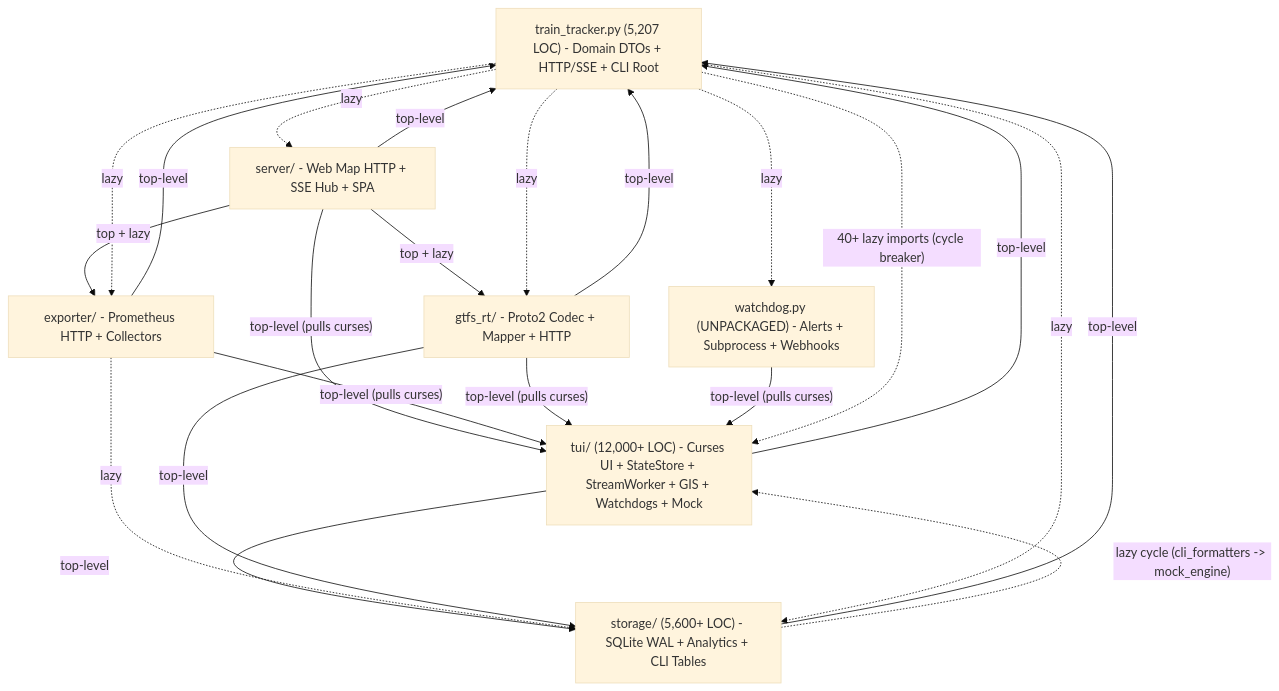
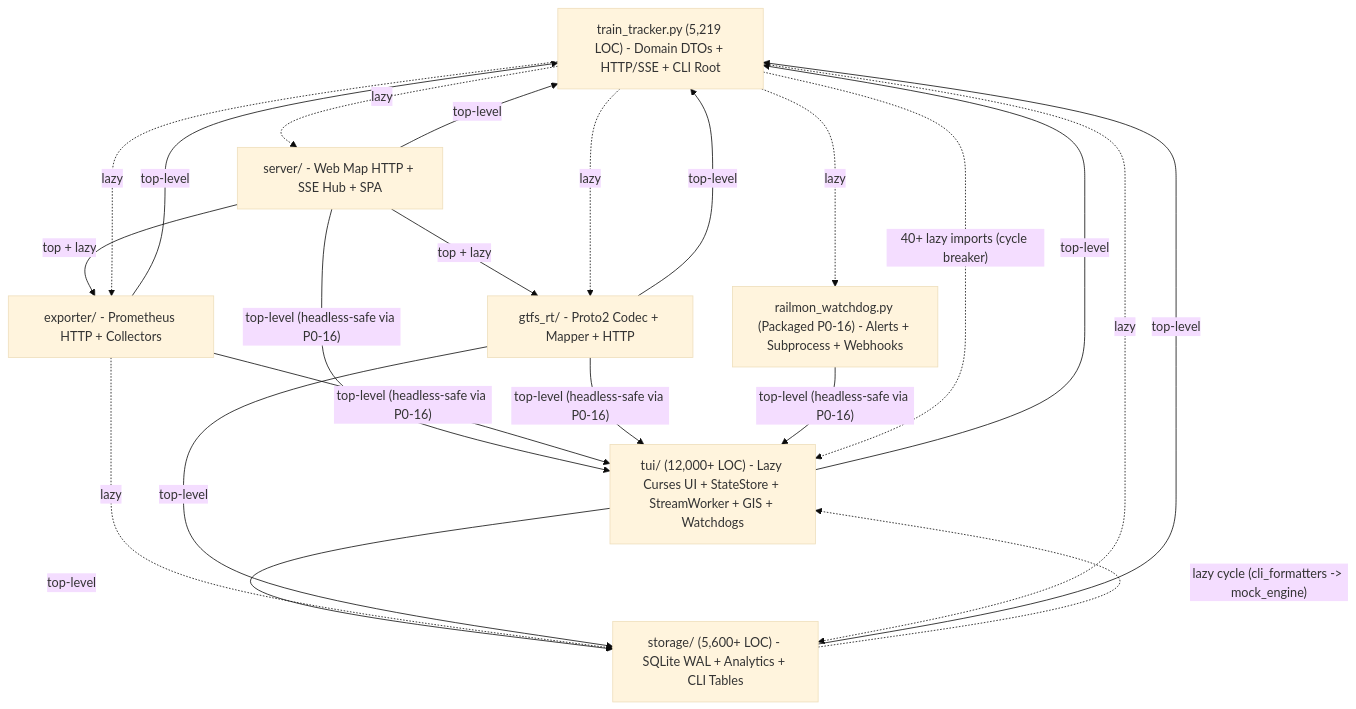
Before and after one commit to svagionitis/railmon: the first of 2 diagrams in docs/architecture/codebase-architecture-review.md, drawn with Mermaid (base theme). The commit also changed other lines of this file and 15 other files, not shown here.

````diff
--- a/docs/architecture/codebase-architecture-review.md
+++ b/docs/architecture/codebase-architecture-review.md
@@ -76,32 +76,32 @@
 ```mermaid
 flowchart TD
-    TT["train_tracker.py (5,207 LOC) - Domain DTOs + HTTP/SSE + CLI Root"]
-    TUI["tui/ (12,000+ LOC) - Curses UI + StateStore + StreamWorker + GIS + Watchdogs + Mock"]
+    TT["train_tracker.py (5,219 LOC) - Domain DTOs + HTTP/SSE + CLI Root"]
+    TUI["tui/ (12,000+ LOC) - Lazy Curses UI + StateStore + StreamWorker + GIS + Watchdogs"]
     STO["storage/ (5,600+ LOC) - SQLite WAL + Analytics + CLI Tables"]
     SRV["server/ - Web Map HTTP + SSE Hub + SPA"]
     EXP["exporter/ - Prometheus HTTP + Collectors"]
     GTF["gtfs_rt/ - Proto2 Codec + Mapper + HTTP"]
-    WDG["watchdog.py (UNPACKAGED) - Alerts + Subprocess + Webhooks"]
+    WDG["railmon_watchdog.py (Packaged P0-16) - Alerts + Subprocess + Webhooks"]
 
     TUI -->|"top-level"| TT
     TUI -->|"top-level"| STO
     STO -->|"top-level"| TT
     STO -.->|"lazy cycle (cli_formatters -> mock_engine)"| TUI
     SRV -->|"top-level"| TT
-    SRV -->|"top-level (pulls curses)"| TUI
+    SRV -->|"top-level (headless-safe via P0-16)"| TUI
     SRV -->|"top + lazy"| EXP
     SRV -->|"top + lazy"| GTF
     EXP -->|"top-level"| TT
-    EXP -->|"top-level (pulls curses)"| TUI
+    EXP -->|"top-level (headless-safe via P0-16)"| TUI
     EXP -.->|"lazy"| STO
     GTF -->|"top-level"| TT
-    GTF -->|"top-level (pulls curses)"| TUI
+    GTF -->|"top-level (headless-safe via P0-16)"| TUI
     GTF -->|"top-level"| STO
-    WDG -->|"top-level (pulls curses)"| TUI
+    WDG -->|"top-level (headless-safe via P0-16)"| TUI
     TT -.->|"40+ lazy imports (cycle breaker)"| TUI
     TT -.->|"lazy"| STO
     TT -.->|"lazy"| SRV
     TT -.->|"lazy"| EXP
     TT -.->|"lazy"| GTF
     TT -.->|"lazy"| WDG
 ```
````
